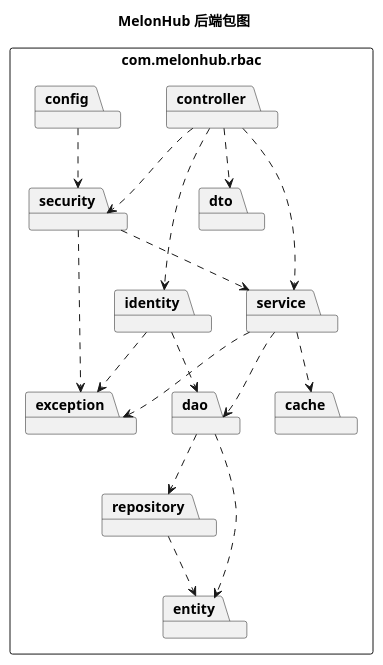
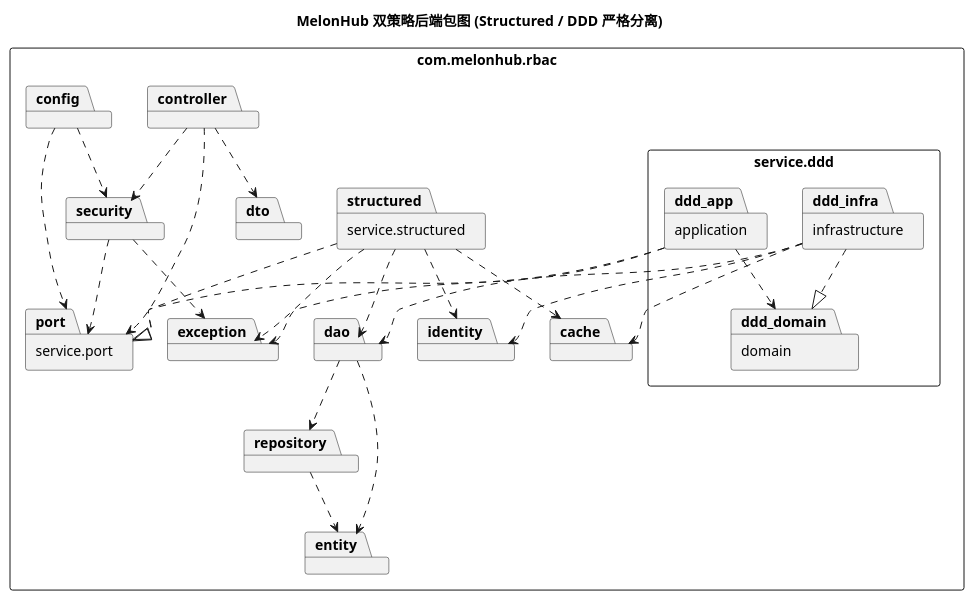
One commit to IKEA-v/MelonHub changed the diagram in doc/uml/packages.puml. Above: the diagram before and after it, drawn with PlantUML. The commit also changed 129 other files, not shown here.

First line of the commit message:
refactor(backend): separate strict structured and DDD backend strategies

```diff
--- a/doc/uml/packages.puml
+++ b/doc/uml/packages.puml
@@ -1,34 +1,47 @@
 @startuml
-title MelonHub 后端包图
+title MelonHub 双策略后端包图 (Structured / DDD 严格分离)
 skinparam packageStyle rectangle
 skinparam shadowing false
 top to bottom direction
 package "com.melonhub.rbac" {
   package controller
   package security
   package dto
+  package exception
+  package config
+  package "service.port" as port
+  package "service.structured" as structured
+  package "service.ddd" {
+    package application as ddd_app
+    package domain as ddd_domain
+    package infrastructure as ddd_infra
+  }
   package identity
-  package service
   package cache
   package dao
   package repository
   package entity
-  package config
-  package exception
 }
 controller ..> dto
-controller ..> service
-controller ..> identity
+controller ..> port
 controller ..> security
-security ..> service
+security ..> port
 security ..> exception
-identity ..> dao
-identity ..> exception
-service ..> dao
-service ..> cache
-service ..> exception
+config ..> port
+config ..> security
+structured ..|> port
+structured ..> dao
+structured ..> cache
+structured ..> identity
+structured ..> exception
+ddd_app ..|> port
+ddd_app ..> ddd_domain
+ddd_app ..> exception
+ddd_infra ..|> ddd_domain
+ddd_infra ..> dao
+ddd_infra ..> cache
+ddd_infra ..> identity
 dao ..> repository
 dao ..> entity
 repository ..> entity
-config ..> security
 @enduml
```
